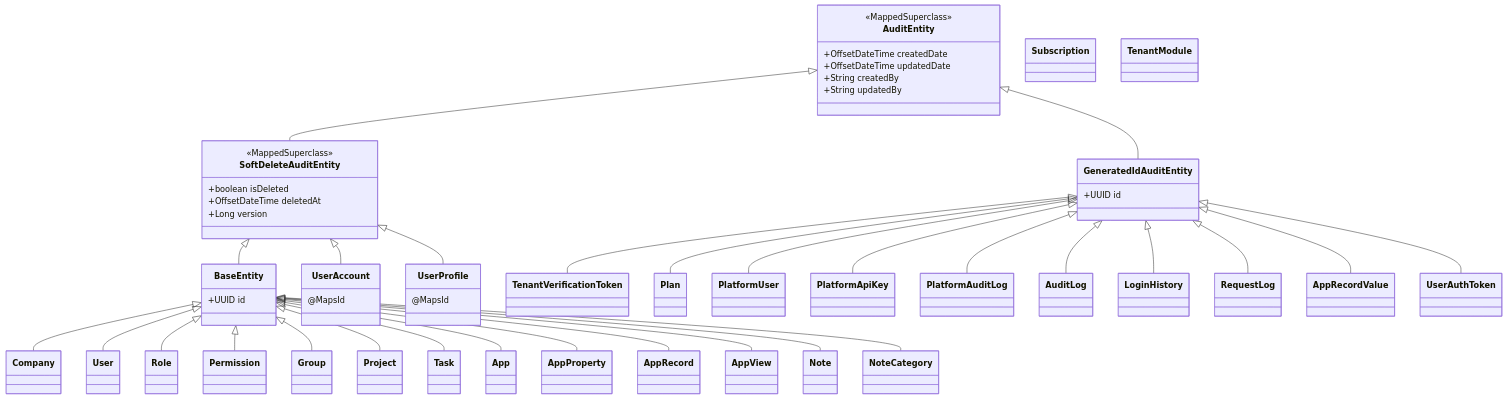
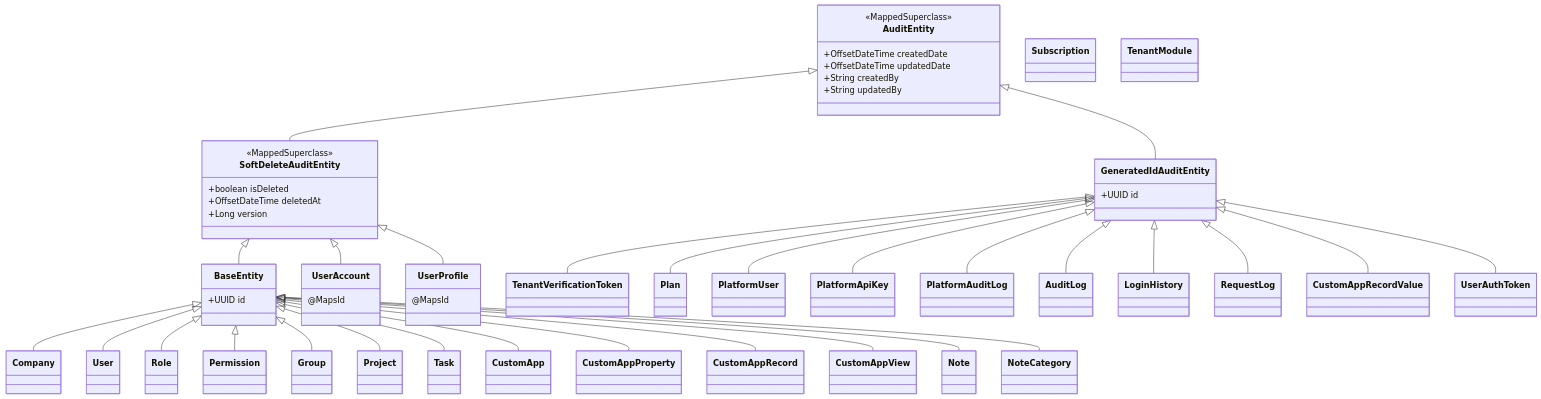
Before and after one commit to ibrhalil/forgesys: the seventh of 7 diagrams in docs/ARCHITECTURE.md, drawn with Mermaid. The commit also changed other lines of this file and 200 other files, not shown here.

```diff
--- a/docs/ARCHITECTURE.md
+++ b/docs/ARCHITECTURE.md
@@ -312,11 +312,11 @@
     class AuditLog
     class LoginHistory
     class RequestLog
-    class App
-    class AppProperty
-    class AppRecord
-    class AppRecordValue
-    class AppView
+    class CustomApp
+    class CustomAppProperty
+    class CustomAppRecord
+    class CustomAppRecordValue
+    class CustomAppView
     class Note
     class NoteCategory
 
@@ -327,10 +327,10 @@
     BaseEntity <|-- Group
     BaseEntity <|-- Project
     BaseEntity <|-- Task
-    BaseEntity <|-- App
-    BaseEntity <|-- AppProperty
-    BaseEntity <|-- AppRecord
-    BaseEntity <|-- AppView
+    BaseEntity <|-- CustomApp
+    BaseEntity <|-- CustomAppProperty
+    BaseEntity <|-- CustomAppRecord
+    BaseEntity <|-- CustomAppView
     BaseEntity <|-- Note
     BaseEntity <|-- NoteCategory
     SoftDeleteAuditEntity <|-- UserAccount
@@ -341,7 +341,7 @@
     GeneratedIdAuditEntity <|-- AuditLog
     GeneratedIdAuditEntity <|-- LoginHistory
     GeneratedIdAuditEntity <|-- RequestLog
-    GeneratedIdAuditEntity <|-- AppRecordValue
+    GeneratedIdAuditEntity <|-- CustomAppRecordValue
     GeneratedIdAuditEntity <|-- PlatformUser
     GeneratedIdAuditEntity <|-- PlatformApiKey
     GeneratedIdAuditEntity <|-- PlatformAuditLog
```
